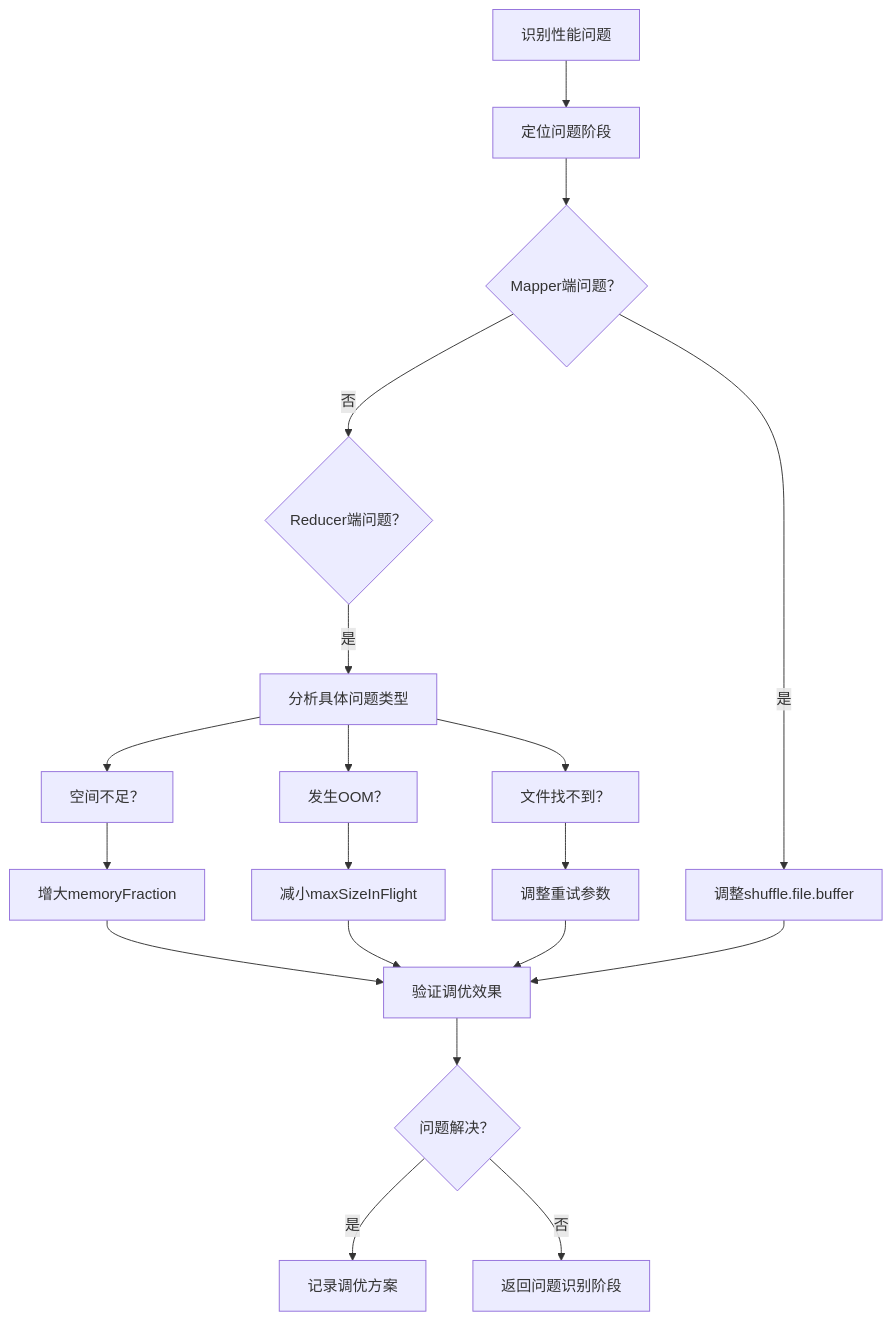
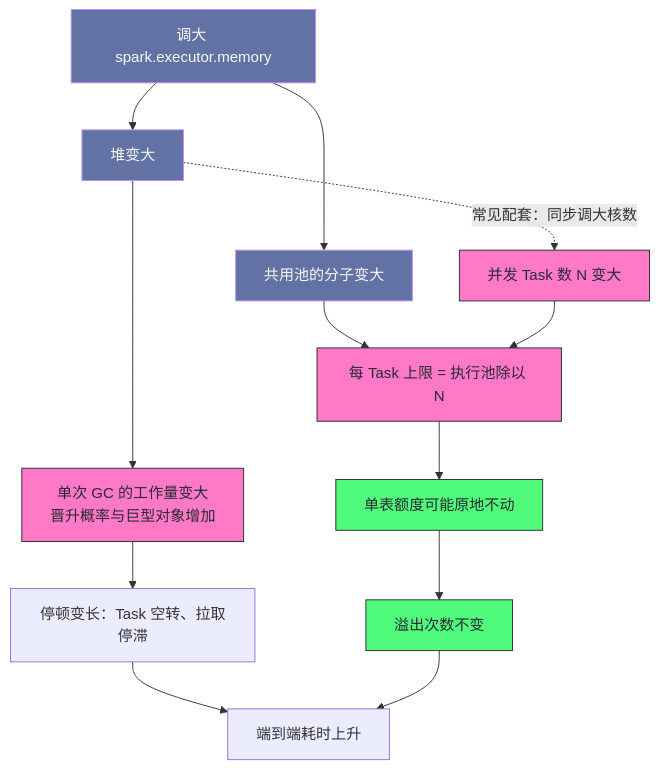
Before and after one commit to hpliStartAgain/my-brain: the sixth of 6 diagrams in content/大数据/Spark/读书笔记-spark内核/06_性能调优实战/7. Spark_Shuffle内存调优.md, drawn with Mermaid. The commit also changed other lines of this file and 259 other files, not shown here.

````diff
--- a/content/大数据/Spark/读书笔记-spark内核/06_性能调优实战/7. Spark_Shuffle内存调优.md
+++ b/content/大数据/Spark/读书笔记-spark内核/06_性能调优实战/7. Spark_Shuffle内存调优.md
@@ -256,23 +478,21 @@
 ```mermaid
+%%{init: {'theme': 'dracula'}}%%
 flowchart TD
-    A["识别性能问题"] --> B["定位问题阶段"]
-    B --> C{"Mapper端问题？"}
-    C -->|"是"| D["调整shuffle.file.buffer"]
-    C -->|"否"| E{"Reducer端问题？"}
-    E -->|"是"| F["分析具体问题类型"]
-    F --> G["空间不足？"]
-    F --> H["发生OOM？"]
-    F --> I["文件找不到？"]
-    G --> J["增大memoryFraction"]
-    H --> K["减小maxSizeInFlight"]
-    I --> L["调整重试参数"]
-    
-    J --> M["验证调优效果"]
-    K --> M
-    L --> M
-    D --> M
-    
-    M --> N{"问题解决？"}
-    N -->|"是"| O["记录调优方案"]
-    N -->|"否"| P["返回问题识别阶段"]
+    A["调大 spark.executor.memory"] --> B["共用池的分子变大"]
+    A --> C["堆变大"]
+    C --> D["单次 GC 的工作量变大<br/>晋升概率与巨型对象增加"]
+    C -.->|常见配套：同步调大核数| E["并发 Task 数 N 变大"]
+    B --> F["每 Task 上限 = 执行池除以 N"]
+    E --> F
+    F --> G["单表额度可能原地不动"]
+    D --> H["停顿变长：Task 空转、拉取停滞"]
+    G --> I["溢出次数不变"]
+    H --> J["端到端耗时上升"]
+    I --> J
+    classDef cause fill:#6272a4,stroke:#bd93f9,color:#f8f8f2
+    classDef worse fill:#ff79c6,stroke:#282a36,color:#282a36
+    classDef ok fill:#50fa7b,stroke:#282a36,color:#282a36
+    class A,B,C cause
+    class D,E,F worse
+    class G,I ok
 ```
````
